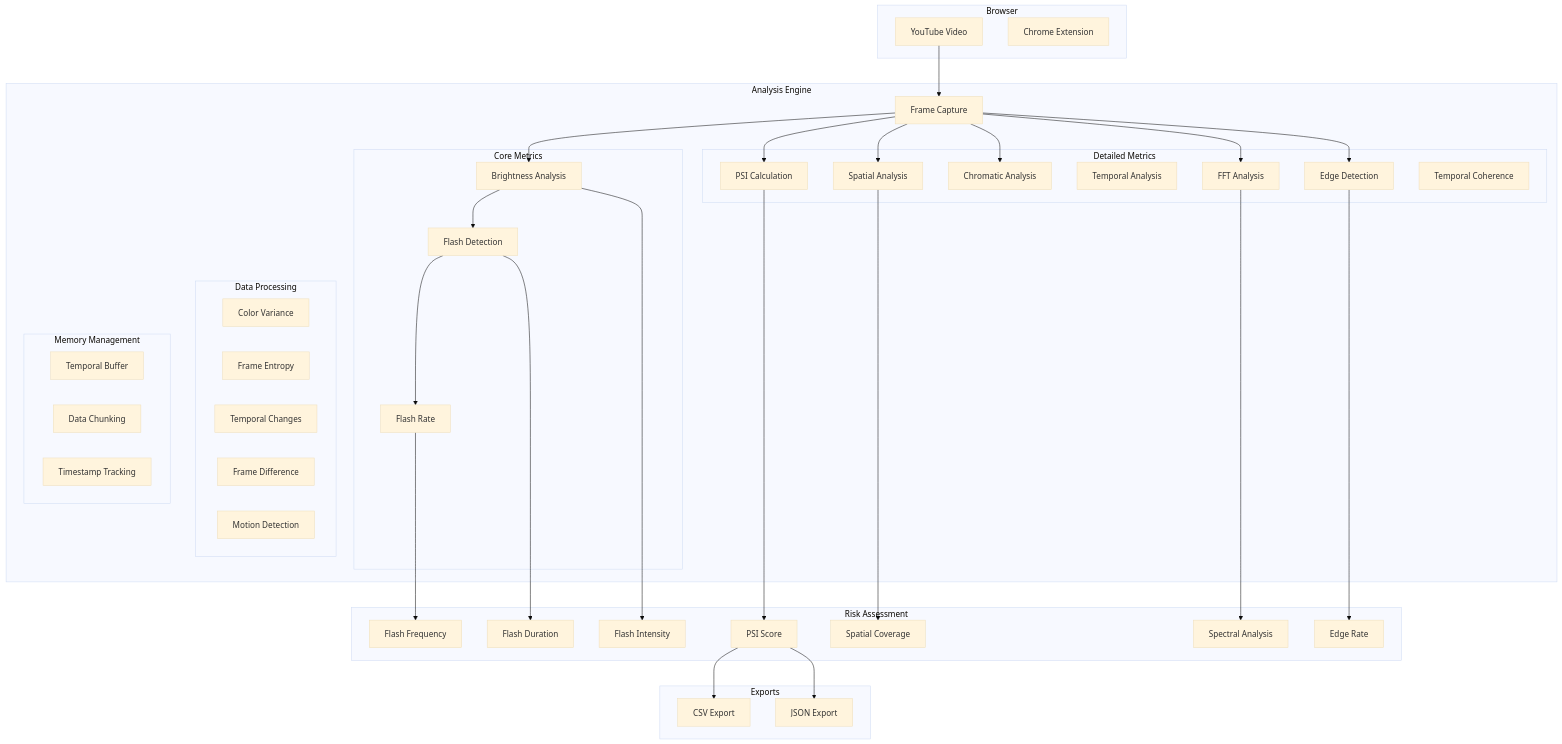
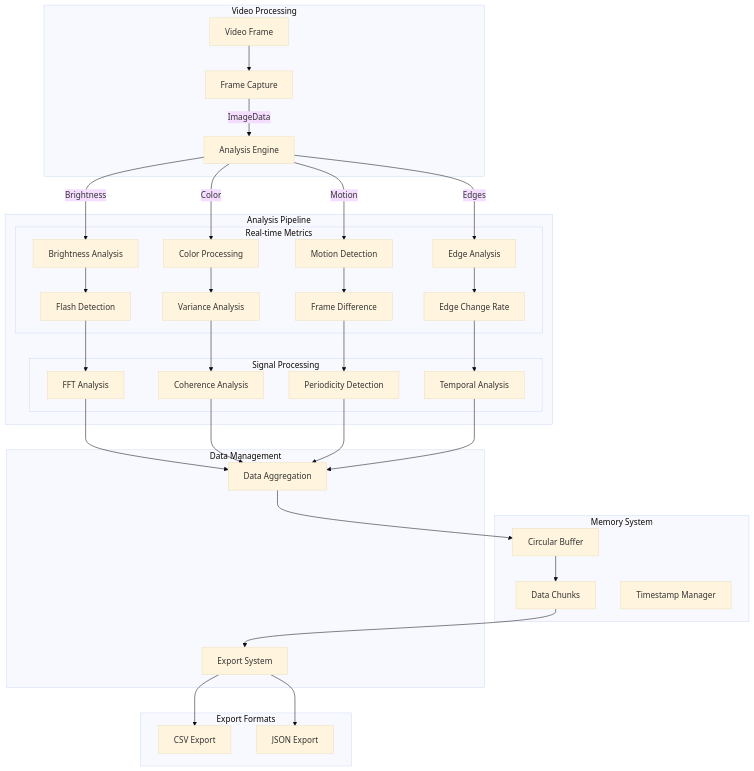
One commit to Pi-0r-Tau/EPI-LENS changed the diagram in README.md. Above: the diagram before and after it, drawn with Mermaid (base theme).

````diff
--- a/README.md
+++ b/README.md
@@ -28,79 +28,47 @@
 ```mermaid
 graph TB
-    subgraph Browser
-        YT[YouTube Video]
-        CE[Chrome Extension]
+    subgraph Video Processing
+        VID[Video Frame] --> CAP[Frame Capture]
+        CAP --> |ImageData| ANA[Analysis Engine]
     end
 
-    subgraph Analysis Engine
-        FC[Frame Capture]
-        subgraph Core Metrics
-            BR[Brightness Analysis]
-            FD[Flash Detection]
-            FR[Flash Rate]
+    subgraph Memory System
+        BUF[Circular Buffer]
+        CHK[Data Chunks]
+        TST[Timestamp Manager]
+    end
+
+    subgraph Analysis Pipeline
+        ANA --> |Brightness| BRI[Brightness Analysis]
+        ANA --> |Color| COL[Color Processing]
+        ANA --> |Motion| MOT[Motion Detection]
+        ANA --> |Edges| EDG[Edge Analysis]
+
+        subgraph Real-time Metrics
+            BRI --> FLA[Flash Detection]
+            COL --> VAR[Variance Analysis]
+            MOT --> DIF[Frame Difference]
+            EDG --> CHG[Edge Change Rate]
         end
 
-        subgraph Detailed Metrics
-            PSI[PSI Calculation]
-            SPA[Spatial Analysis]
-            CHR[Chromatic Analysis]
-            TMP[Temporal Analysis]
-            FFT[FFT Analysis]
-            EDG[Edge Detection]
-            COH[Temporal Coherence]
-        end
-
-        subgraph Data Processing
-            VAR[Color Variance]
-            ENT[Frame Entropy]
-            TCP[Temporal Changes]
-            DIF[Frame Difference]
-            MOT[Motion Detection]
-        end
-
-        subgraph Memory Management
-            BUF[Temporal Buffer]
-            CHK[Data Chunking]
-            TST[Timestamp Tracking]
+        subgraph Signal Processing
+            FLA --> FFT[FFT Analysis]
+            VAR --> COH[Coherence Analysis]
+            DIF --> PER[Periodicity Detection]
+            CHG --> TMP[Temporal Analysis]
         end
     end
 
-    subgraph Risk Assessment
-        PSC[PSI Score]
-        FRQ[Flash Frequency]
-        INT[Flash Intensity]
-        COV[Spatial Coverage]
-        DUR[Flash Duration]
-        SPE[Spectral Analysis]
-        EDR[Edge Rate]
+    subgraph Data Management
+        FFT & COH & PER & TMP --> AGG[Data Aggregation]
+        AGG --> BUF
+        BUF --> CHK
+        CHK --> EXP[Export System]
     end
 
-    subgraph Exports
-        CSV[CSV Export]
-        JSON[JSON Export]
-        
+    subgraph Export Formats
+        EXP --> CSV[CSV Export]
+        EXP --> JSN[JSON Export]
     end
-
-    YT --> FC
-    FC --> BR
-    FC --> PSI
-    FC --> SPA
-    FC --> CHR
-    FC --> FFT
-    FC --> EDG
-
-    BR --> FD
-    FD --> FR
-
-    PSI --> PSC
-    FR --> FRQ
-    BR --> INT
-    SPA --> COV
-    FD --> DUR
-    FFT --> SPE
-    EDG --> EDR
-
-    PSC --> CSV
-    PSC --> JSON
     
 ```
````
